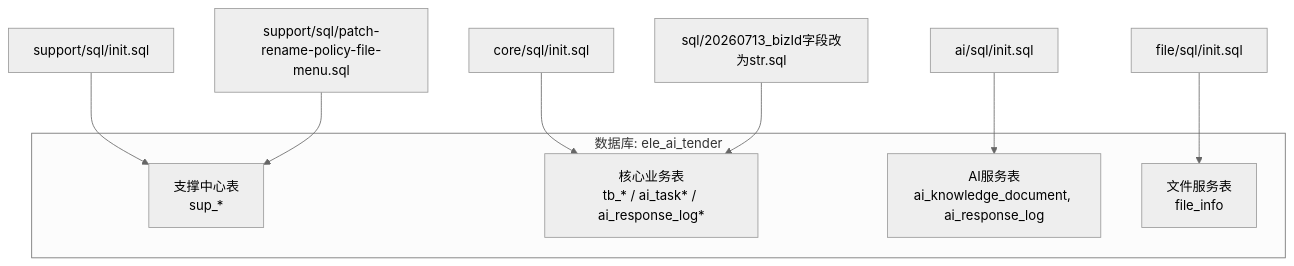
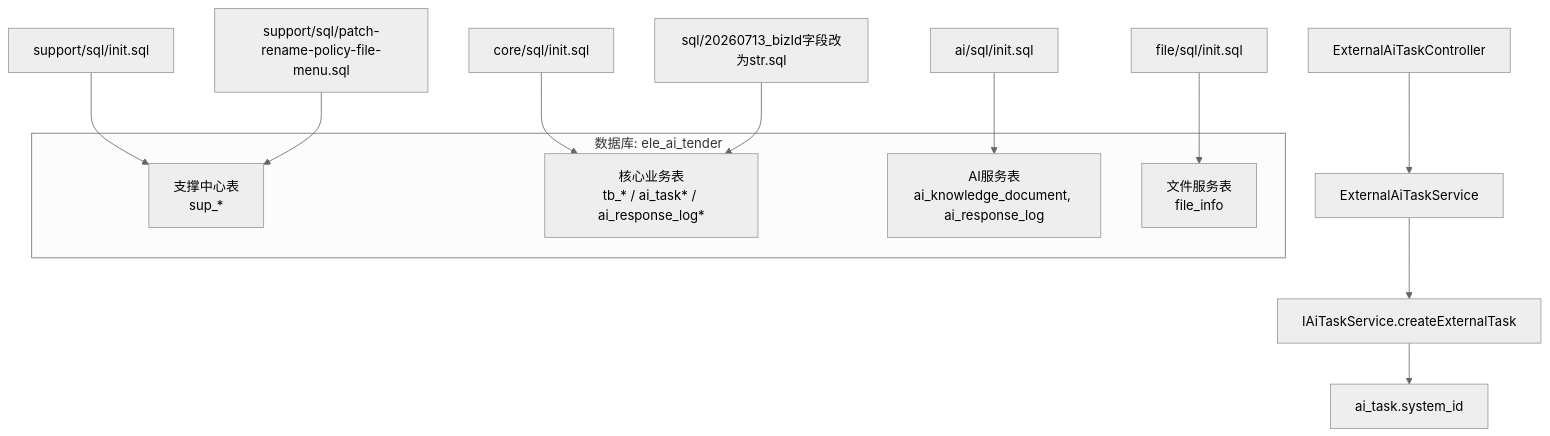
One commit to DrunkFood/First changed the first of 3 diagrams in .qoder/repowiki/zh/content/数据库设计/数据库架构变更.md. Above: the diagram before and after it, drawn with Mermaid (neutral theme). The commit also changed other lines of this file and 77 other files, not shown here.

````diff
--- a/.qoder/repowiki/zh/content/数据库设计/数据库架构变更.md
+++ b/.qoder/repowiki/zh/content/数据库设计/数据库架构变更.md
@@ -50,15 +54,18 @@
 ```mermaid
 graph TB
 subgraph "数据库: ele_ai_tender"
 A["支撑中心表<br/>sup_*"]
 B["核心业务表<br/>tb_* / ai_task* / ai_response_log*"]
 C["AI服务表<br/>ai_knowledge_document, ai_response_log"]
 D["文件服务表<br/>file_info"]
 end
 E["support/sql/init.sql"] --> A
 F["core/sql/init.sql"] --> B
 G["ai/sql/init.sql"] --> C
 H["file/sql/init.sql"] --> D
 I["support/sql/patch-rename-policy-file-menu.sql"] --> A
 J["sql/20260713_bizId字段改为str.sql"] --> B
+K["ExternalAiTaskController"] --> L["ExternalAiTaskService"]
+L --> M["IAiTaskService.createExternalTask"]
+M --> N["ai_task.system_id"]
 ```
````
